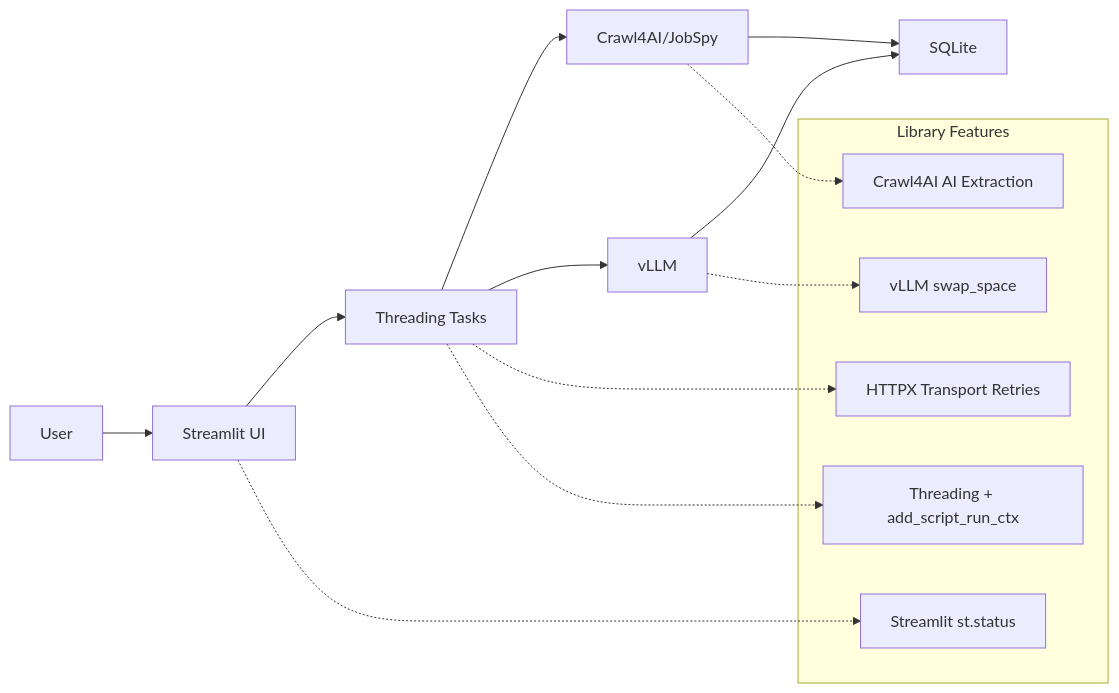
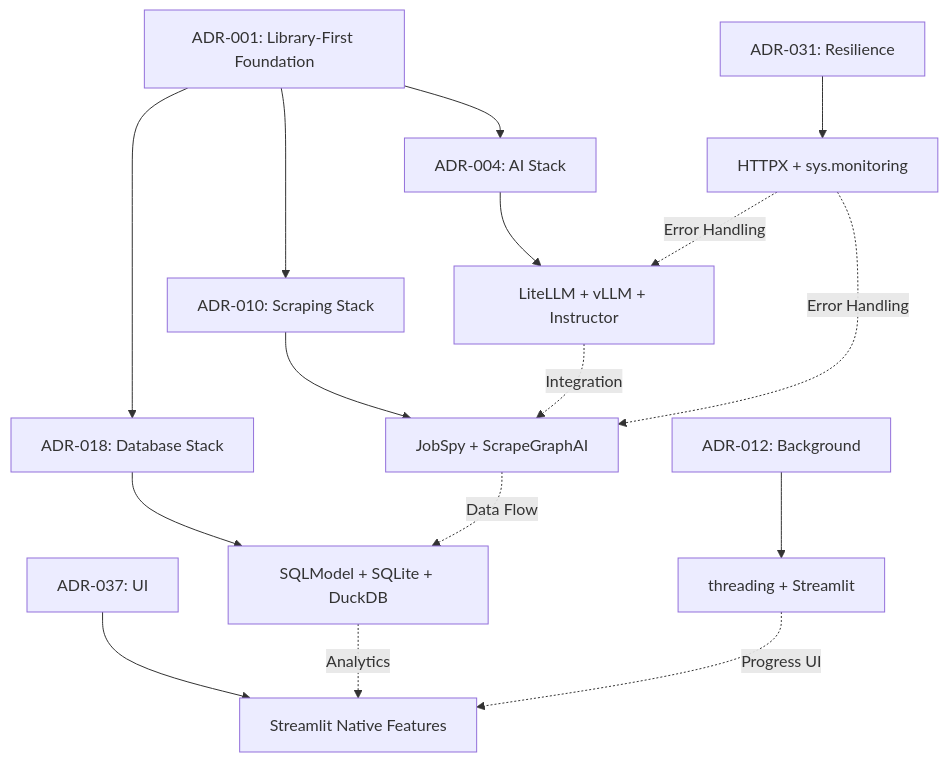
One commit to BjornMelin/ai-job-scraper changed the first of 2 diagrams in docs/adrs/ADR-001-library-first-architecture.md. Above: the diagram before and after it, drawn with Mermaid. The commit also changed other lines of this file and 13 other files, not shown here.

First line of the commit message:
docs: update PRD and ADRs for consolidated architecture and analytics strategy

````diff
--- a/docs/adrs/ADR-001-library-first-architecture.md
+++ b/docs/adrs/ADR-001-library-first-architecture.md
@@ -146,23 +472,21 @@
 ```mermaid
-graph LR
-    A[User] --> B[Streamlit UI]
-    B --> C[Threading Tasks]
-    C --> D[Crawl4AI/JobSpy]
-    C --> E[vLLM]
-    E --> F[SQLite]
-    D --> F
+graph TD
+    A[ADR-001: Library-First Foundation] --> B[ADR-004: AI Stack]
+    A --> C[ADR-010: Scraping Stack]  
+    A --> D[ADR-018: Database Stack]
     
-    subgraph "Library Features"
-        G[vLLM swap_space]
-        H[Streamlit st.status]
-        I[HTTPX Transport Retries]
-        J[Threading + add_script_run_ctx]
-        K[Crawl4AI AI Extraction]
-    end
+    B --> E[LiteLLM + vLLM + Instructor]
+    C --> F[JobSpy + ScrapeGraphAI]
+    D --> G[SQLModel + SQLite + DuckDB]
     
-    E -.-> G
-    B -.-> H
-    C -.-> I
-    C -.-> J
-    D -.-> K
+    H[ADR-031: Resilience] --> I[HTTPX + sys.monitoring]
+    J[ADR-012: Background] --> K[threading + Streamlit]
+    L[ADR-037: UI] --> M[Streamlit Native Features]
+    
+    E -.->|Integration| F
+    F -.->|Data Flow| G  
+    G -.->|Analytics| M
+    I -.->|Error Handling| E
+    I -.->|Error Handling| F
+    K -.->|Progress UI| M
 ```
````
